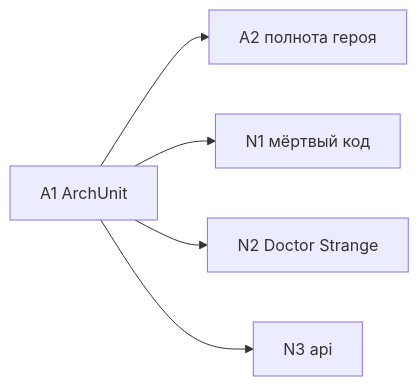
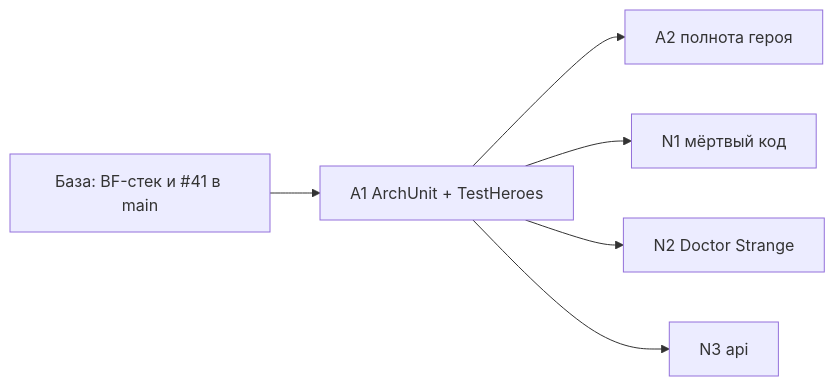
The diagram in docs/design/architecture-migration/01-guardrails-and-cleanup.md (grebeshok105/Codex-Superheroes), drawn with Mermaid before and after one commit. The commit also changed other lines of this file and 3 other files, not shown here.

Commit message:
docs(architecture): rebase plans on bugfix stages 4-12 and fix external review findings (overview, plans 1-3)

````diff
--- a/docs/design/architecture-migration/01-guardrails-and-cleanup.md
+++ b/docs/design/architecture-migration/01-guardrails-and-cleanup.md
@@ -74,7 +75,8 @@
 ```mermaid
 flowchart LR
-  A1[A1 ArchUnit] --> A2[A2 полнота героя]
+  BASE[База: BF-стек и #41 в main] --> A1[A1 ArchUnit + TestHeroes]
+  A1 --> A2[A2 полнота героя]
   A1 --> N1[N1 мёртвый код]
   A1 --> N2[N2 Doctor Strange]
   A1 --> N3[N3 api]
 ```
````
